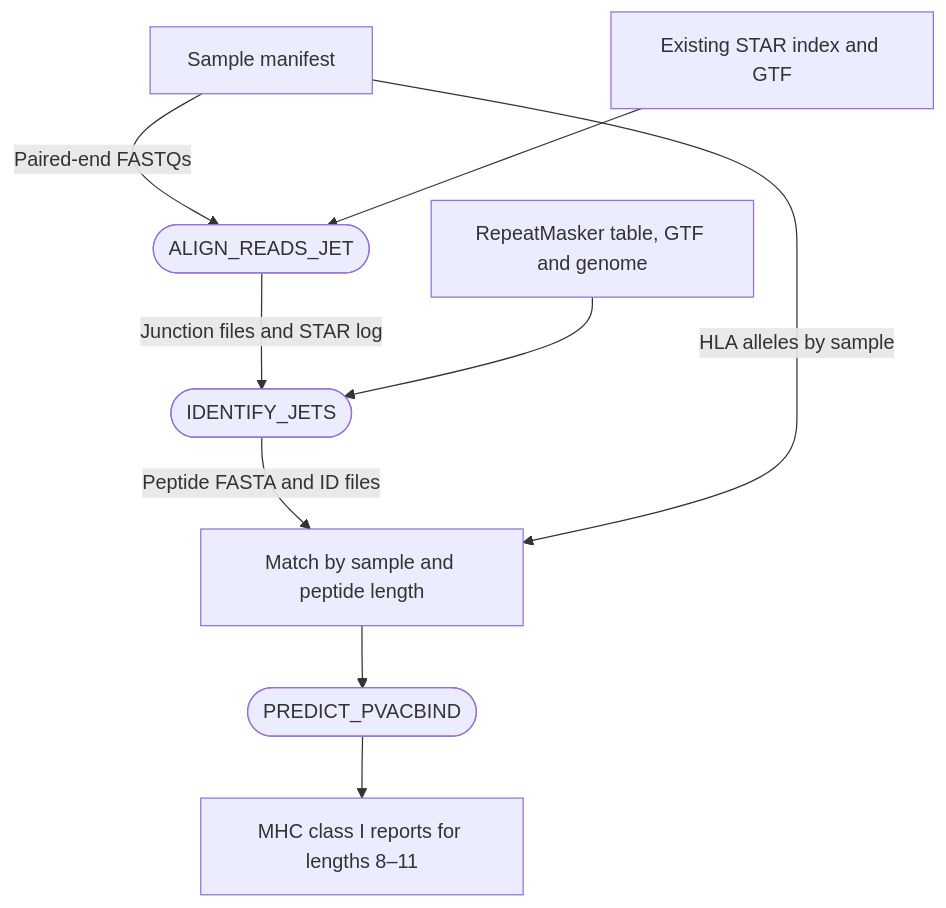
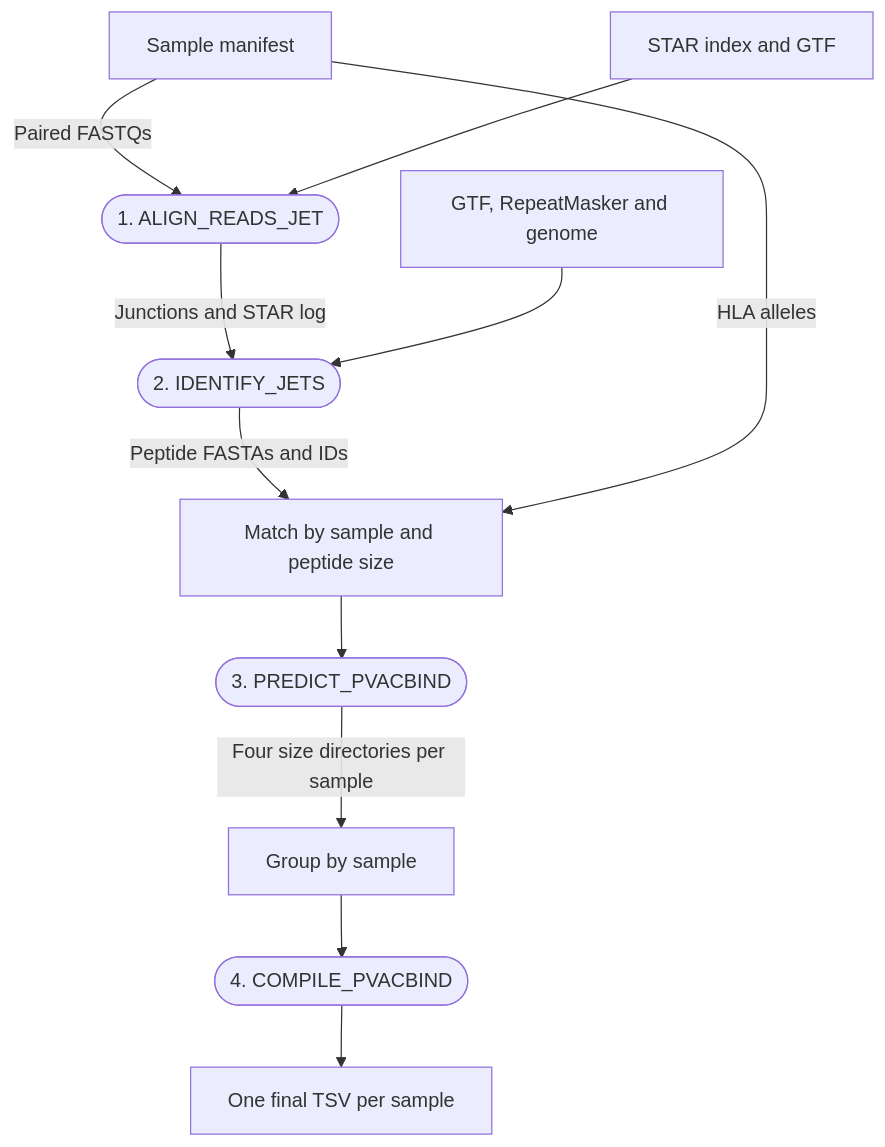
Before and after one commit to faramirZ/NeonDisco-JET: the diagram in NF_JET_identificatio_pipeline/README.md, drawn with Mermaid. The commit also changed other lines of this file, not shown here.

````diff
--- a/NF_JET_identificatio_pipeline/README.md
+++ b/NF_JET_identificatio_pipeline/README.md
@@ -190,11 +215,13 @@
 ```mermaid
 flowchart TD
-    manifest["Sample manifest"] -->|Paired-end FASTQs| star(["ALIGN_READS_JET"])
-    reference["Existing STAR index and GTF"] --> star
-    star -->|Junction files and STAR log| jets(["IDENTIFY_JETS"])
-    annotations["RepeatMasker table, GTF and genome"] --> jets
-    jets -->|Peptide FASTA and ID files| match["Match by sample and peptide length"]
-    manifest -->|HLA alleles by sample| match
-    match --> predict(["PREDICT_PVACBIND"])
-    predict --> reports["MHC class I reports for lengths 8–11"]
+    manifest["Sample manifest"] -->|Paired FASTQs| star(["1. ALIGN_READS_JET"])
+    index["STAR index and GTF"] --> star
+    star -->|Junctions and STAR log| jets(["2. IDENTIFY_JETS"])
+    refs["GTF, RepeatMasker and genome"] --> jets
+    jets -->|Peptide FASTAs and IDs| match["Match by sample and peptide size"]
+    manifest -->|HLA alleles| match
+    match --> predict(["3. PREDICT_PVACBIND"])
+    predict -->|Four size directories per sample| group["Group by sample"]
+    group --> compile(["4. COMPILE_PVACBIND"])
+    compile --> final["One final TSV per sample"]
 ```
````
